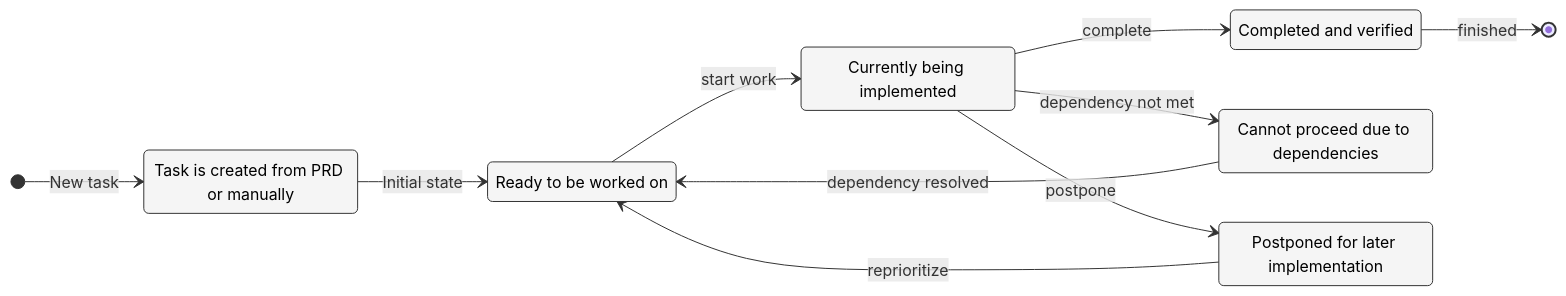
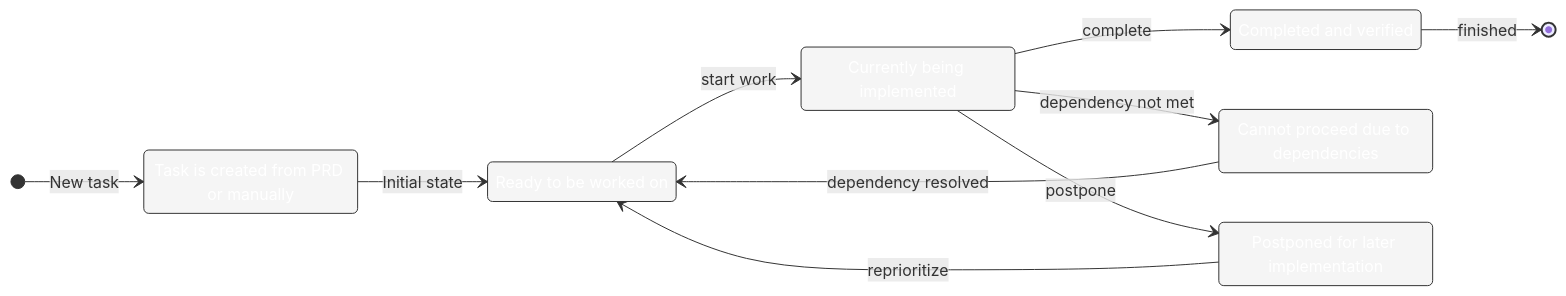
The second of 4 diagrams in docs/workflow-guide.md (colours93/cursor_workflow), drawn with Mermaid before and after one commit. The commit also changed other lines of this file, not shown here.

Commit message:
Update diagram with dark theme and vibrant colors

````diff
--- a/docs/workflow-guide.md
+++ b/docs/workflow-guide.md
@@ -332,24 +336,24 @@
 ```mermaid
 stateDiagram-v2
     direction LR
     
     [*] --> Creation: New task
     Creation --> Pending: Initial state
     Pending --> InProgress: start work
     InProgress --> Done: complete
     InProgress --> Blocked: dependency not met
     InProgress --> Deferred: postpone
     Blocked --> Pending: dependency resolved
     Deferred --> Pending: reprioritize
     Done --> [*]: finished
     
     Creation: Task is created from PRD or manually
     Pending: Ready to be worked on
     InProgress: Currently being implemented
     Blocked: Cannot proceed due to dependencies
     Deferred: Postponed for later implementation
     Done: Completed and verified
 
-    classDef stateStyle fill:#f5f5f5,stroke:#333,stroke-width:1px,color:black
+    classDef stateStyle fill:#f5f5f5,stroke:#333,stroke-width:1px,color:#FFFFFF
     class Creation,Pending,InProgress,Done,Blocked,Deferred stateStyle
 ```
````
